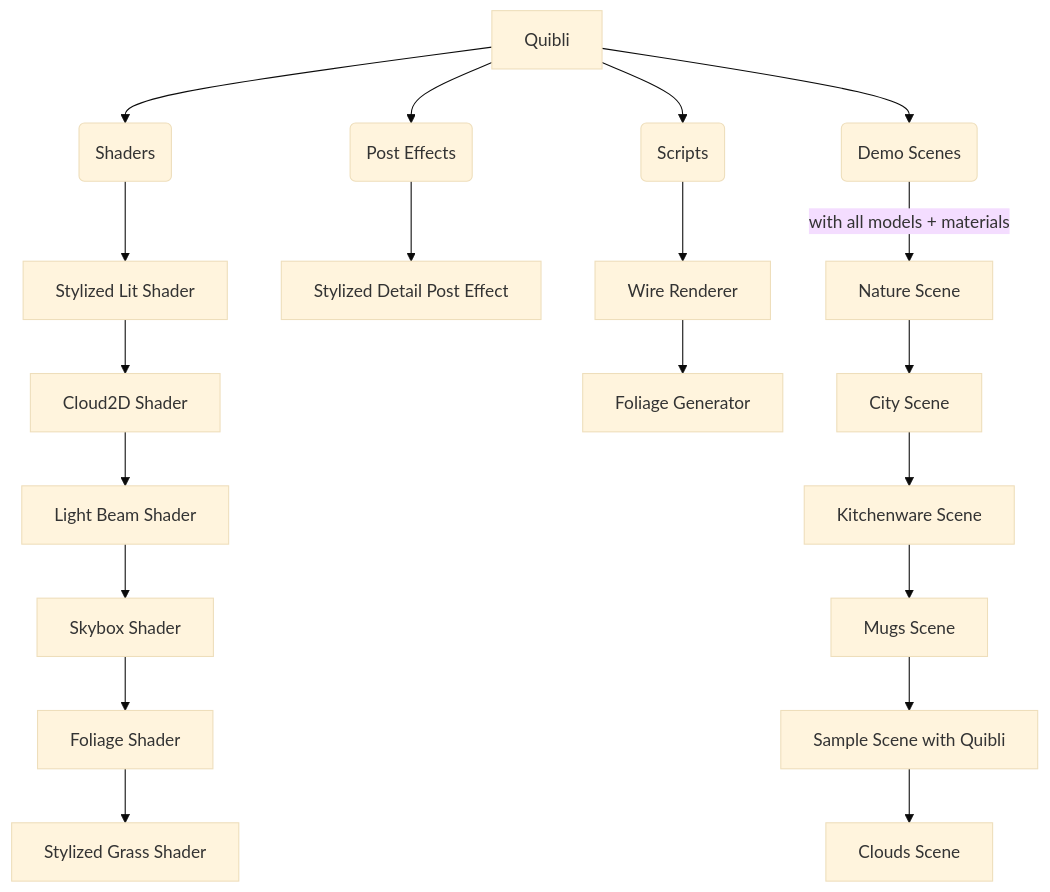
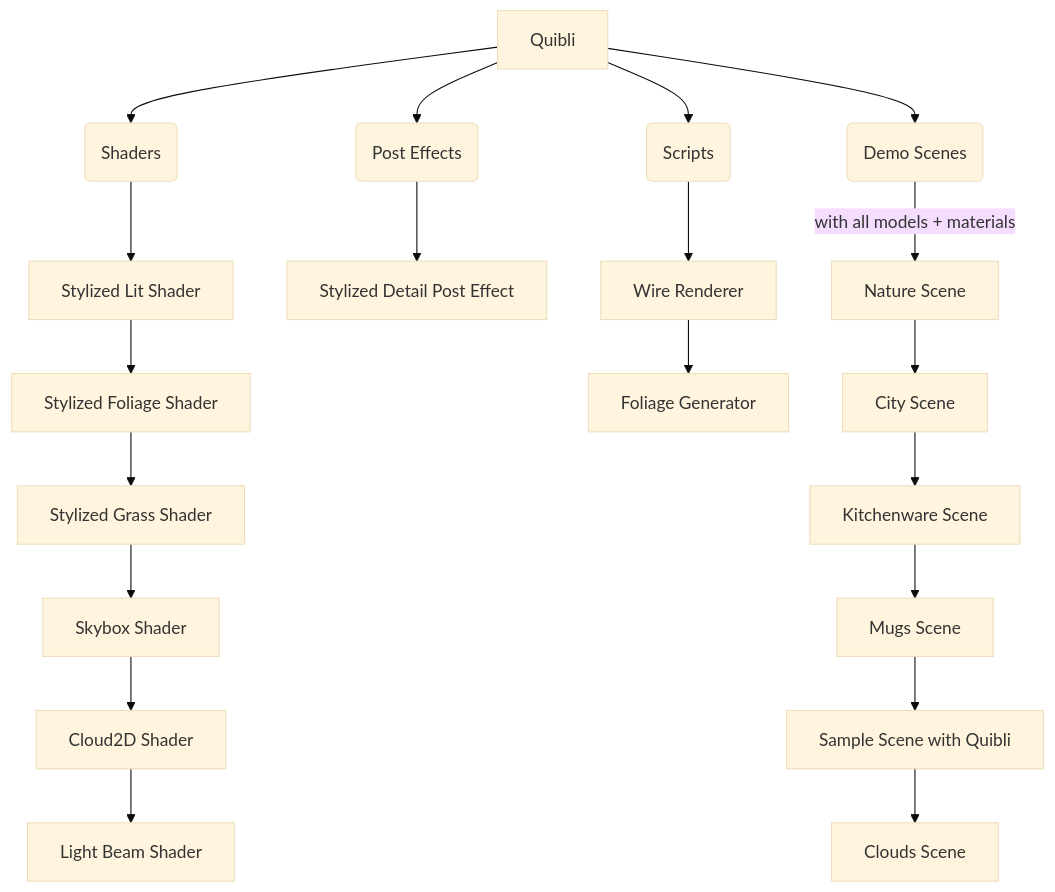
The diagram in _docs/what-is-quibli-a-brief-overview.md (dustyroom-studio/quibli-doc), drawn with Mermaid (base theme) before and after one commit. The commit also changed other lines of this file and 2 other files, not shown here.

Commit message:
pics as table test

```diff
--- a/_docs/what-is-quibli-a-brief-overview.md
+++ b/_docs/what-is-quibli-a-brief-overview.md
@@ -23,22 +23,22 @@
 <div class="mermaid">
 graph TD
 A[Quibli] --> B(Shaders)
 A --> C(Post Effects)
 A --> D(Scripts)
 A --> E(Demo Scenes)
 B --> G[Stylized Lit Shader]
-G --> H[Cloud2D Shader]
-H --> I[Light Beam Shader]
+G --> H[Stylized Foliage Shader]
+H --> I[Stylized Grass Shader]
 I --> J[Skybox Shader]
-J --> K[Foliage Shader]
-K --> L[Stylized Grass Shader]
+J --> K[Cloud2D Shader]
+K --> L[Light Beam Shader]
 C --> M[Stylized Detail Post Effect]
 D --> N[Wire Renderer]
 N --> O[Foliage Generator]
 E -->|with all models + materials| P[Nature Scene]
 P --> Q[City Scene]
 Q --> R[Kitchenware Scene]
 R --> S[Mugs Scene]
 S --> T[Sample Scene with Quibli]
 T --> U[Clouds Scene]
 </div>
```
